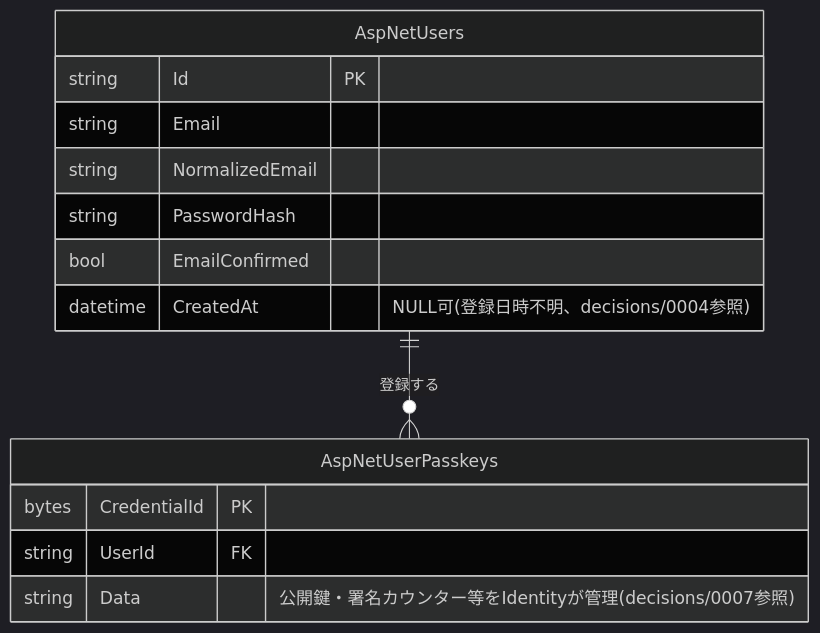
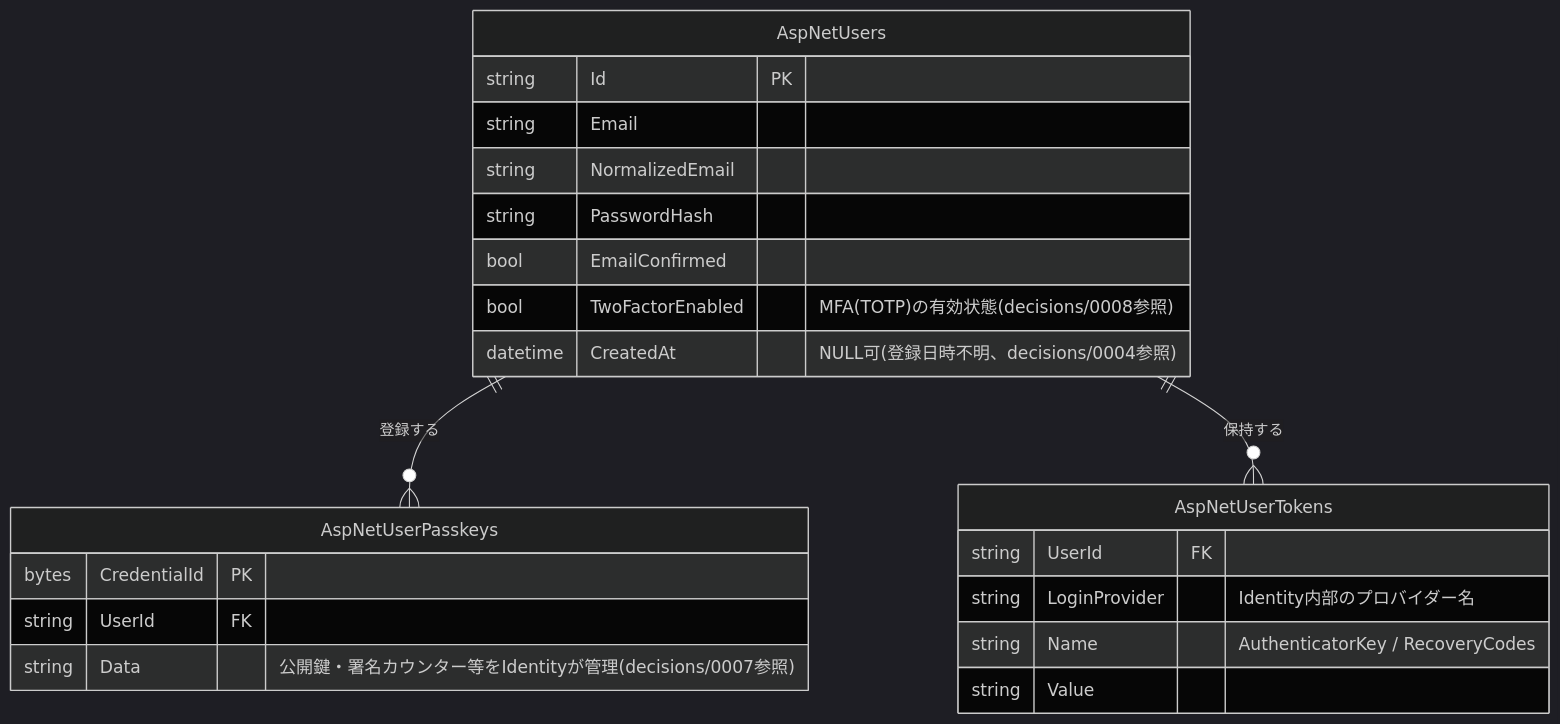
One commit to org-gbz3/try-svelte changed the diagram in docs/features/auth.md. Above: the diagram before and after it, drawn with Mermaid (dark theme). The commit also changed other lines of this file and 13 other files, not shown here.

````diff
--- a/docs/features/auth.md
+++ b/docs/features/auth.md
@@ -9,17 +9,25 @@
 ```mermaid
 erDiagram
     AspNetUsers {
         string Id PK
         string Email
         string NormalizedEmail
         string PasswordHash
         bool EmailConfirmed
+        bool TwoFactorEnabled "MFA(TOTP)の有効状態(decisions/0008参照)"
         datetime CreatedAt "NULL可(登録日時不明、decisions/0004参照)"
     }
     AspNetUserPasskeys {
         bytes CredentialId PK
         string UserId FK
         string Data "公開鍵・署名カウンター等をIdentityが管理(decisions/0007参照)"
     }
+    AspNetUserTokens {
+        string UserId FK
+        string LoginProvider "Identity内部のプロバイダー名"
+        string Name "AuthenticatorKey / RecoveryCodes"
+        string Value
+    }
     AspNetUsers ||--o{ AspNetUserPasskeys : "登録する"
+    AspNetUsers ||--o{ AspNetUserTokens : "保持する"
 ```
````
